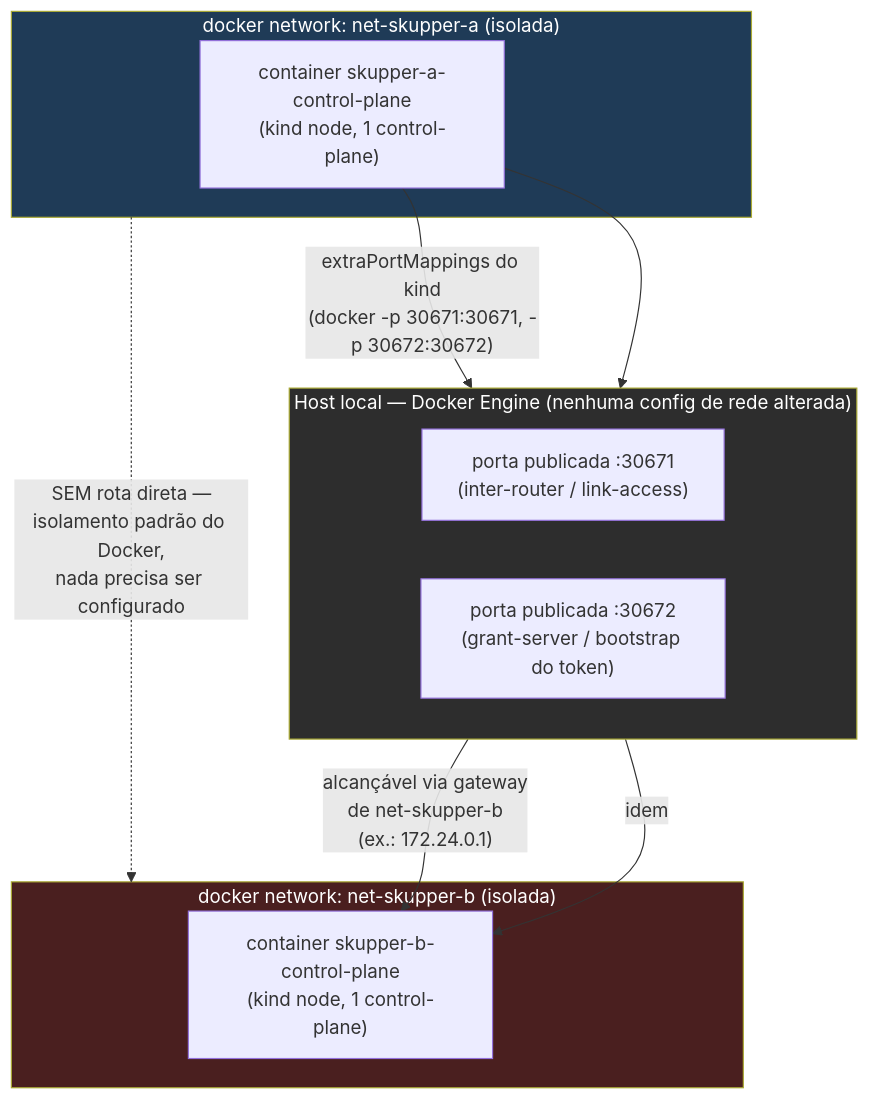
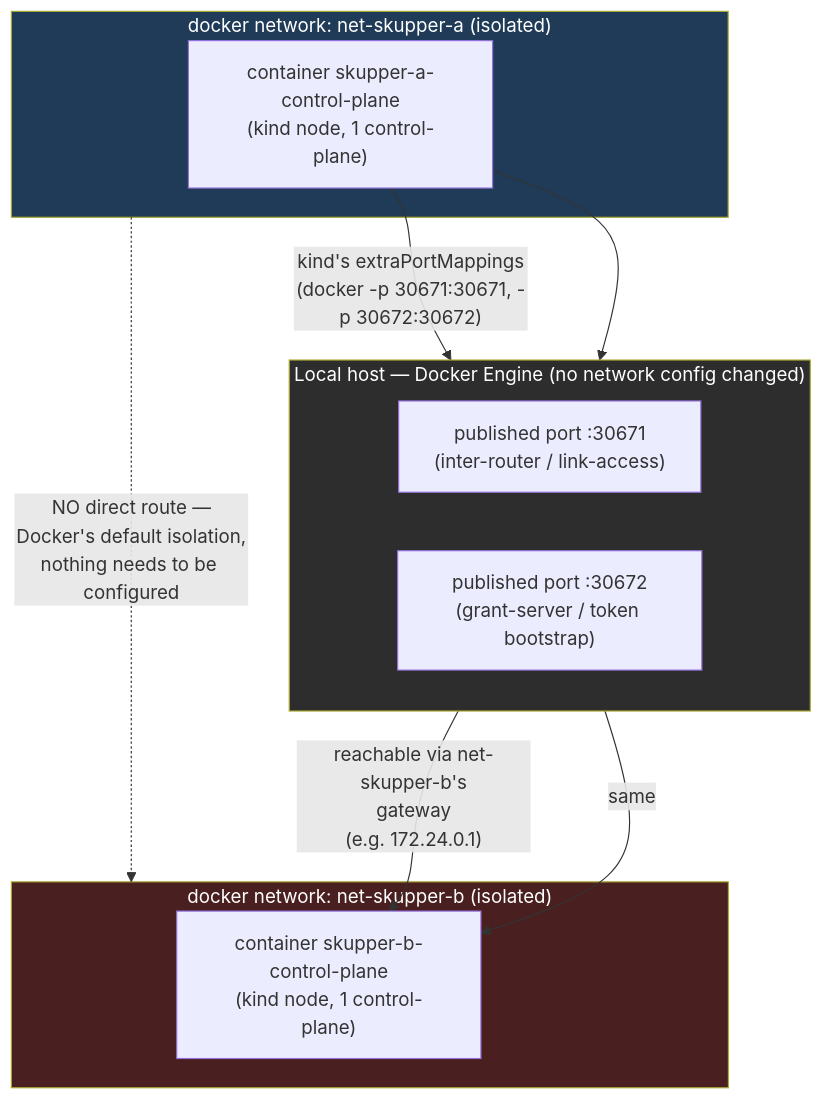
One commit to ericogr/poc-skupper changed the first of 7 diagrams in docs/ARCHITECTURE.md. Above: the diagram before and after it, drawn with Mermaid. The commit also changed other lines of this file and 3 other files, not shown here.

First line of the commit message:
docs: adiciona versoes em ingles de README e ARCHITECTURE, PT-BR vira traducao

````diff
--- a/docs/ARCHITECTURE.md
+++ b/docs/ARCHITECTURE.md
@@ -46,28 +51,28 @@
 ```mermaid
 flowchart TB
-    subgraph HOST["Host local — Docker Engine (nenhuma config de rede alterada)"]
+    subgraph HOST["Local host — Docker Engine (no network config changed)"]
         direction LR
-        PORT1["porta publicada :30671<br/>(inter-router / link-access)"]
-        PORT2["porta publicada :30672<br/>(grant-server / bootstrap do token)"]
+        PORT1["published port :30671<br/>(inter-router / link-access)"]
+        PORT2["published port :30672<br/>(grant-server / token bootstrap)"]
     end
 
-    subgraph NETA["docker network: net-skupper-a (isolada)"]
+    subgraph NETA["docker network: net-skupper-a (isolated)"]
         NODEA["container skupper-a-control-plane<br/>(kind node, 1 control-plane)"]
     end
 
-    subgraph NETB["docker network: net-skupper-b (isolada)"]
+    subgraph NETB["docker network: net-skupper-b (isolated)"]
         NODEB["container skupper-b-control-plane<br/>(kind node, 1 control-plane)"]
     end
 
-    NODEA -- "extraPortMappings do kind<br/>(docker -p 30671:30671, -p 30672:30672)" --> PORT1
+    NODEA -- "kind's extraPortMappings<br/>(docker -p 30671:30671, -p 30672:30672)" --> PORT1
     NODEA --> PORT2
 
-    PORT1 -- "alcançável via gateway<br/>de net-skupper-b<br/>(ex.: 172.24.0.1)" --> NODEB
-    PORT2 -- "idem" --> NODEB
+    PORT1 -- "reachable via net-skupper-b's<br/>gateway<br/>(e.g. 172.24.0.1)" --> NODEB
+    PORT2 -- "same" --> NODEB
 
-    NETA -.->|"SEM rota direta —<br/>isolamento padrão do Docker,<br/>nada precisa ser configurado"| NETB
+    NETA -.->|"NO direct route —<br/>Docker's default isolation,<br/>nothing needs to be configured"| NETB
 
     style NETA fill:#1f3b57,color:#fff
     style NETB fill:#4a1f1f,color:#fff
     style HOST fill:#2d2d2d,color:#fff
 ```
````
